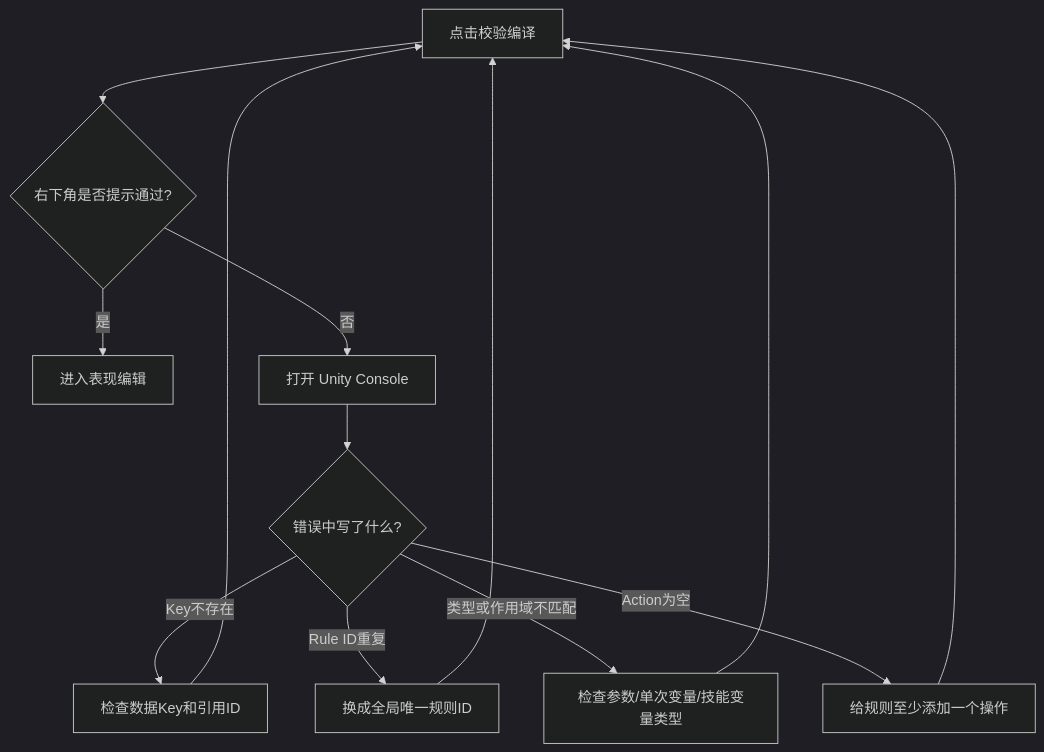
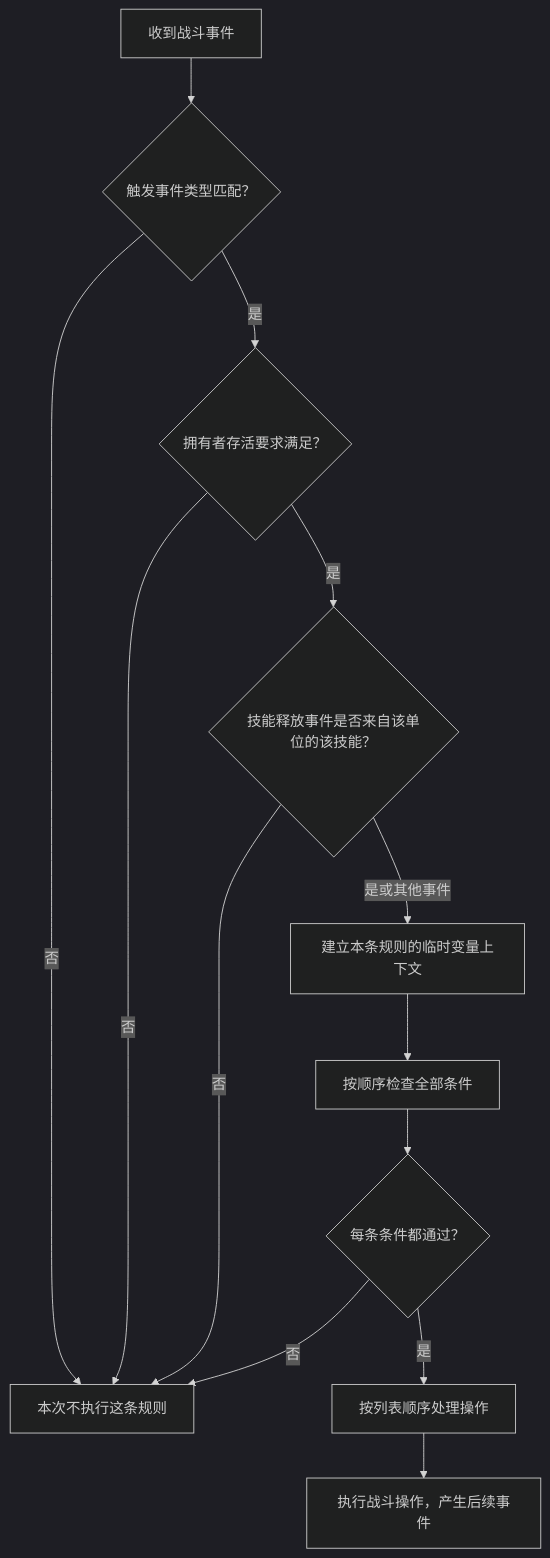
One commit to liuxiuyang0926-bit/LxyProject changed the fifth of 13 diagrams in Packages/LxyGame/LxyGame.Logic/Documentation~/TurnBasedSkillAuthoringGuide.md. Above: the diagram before and after it, drawn with Mermaid (dark theme). The commit also changed other lines of this file and 45 other files, not shown here.

````diff
--- a/Packages/LxyGame/LxyGame.Logic/Documentation~/TurnBasedSkillAuthoringGuide.md
+++ b/Packages/LxyGame/LxyGame.Logic/Documentation~/TurnBasedSkillAuthoringGuide.md
@@ -353,15 +398,15 @@
-```mermaid
+~~~mermaid
 flowchart TD
-    A[点击校验编译] --> B{右下角是否提示通过?}
-    B -- 是 --> C[进入表现编辑]
-    B -- 否 --> D[打开 Unity Console]
-    D --> E{错误中写了什么?}
-    E -- Key不存在 --> F[检查数据Key和引用ID]
-    E -- Rule ID重复 --> G[换成全局唯一规则ID]
-    E -- 类型或作用域不匹配 --> H[检查参数/单次变量/技能变量类型]
-    E -- Action为空 --> I[给规则至少添加一个操作]
-    F --> A
-    G --> A
-    H --> A
-    I --> A
-```
+    A["收到战斗事件"] --> B{"触发事件类型匹配？"}
+    B -- 否 --> X["本次不执行这条规则"]
+    B -- 是 --> C{"拥有者存活要求满足？"}
+    C -- 否 --> X
+    C -- 是 --> D{"技能释放事件是否来自该单位的该技能？"}
+    D -- 否 --> X
+    D -- 是或其他事件 --> E["建立本条规则的临时变量上下文"]
+    E --> F["按顺序检查全部条件"]
+    F --> G{"每条条件都通过？"}
+    G -- 否 --> X
+    G -- 是 --> H["按列表顺序处理操作"]
+    H --> I["执行战斗操作，产生后续事件"]
+~~~
````
